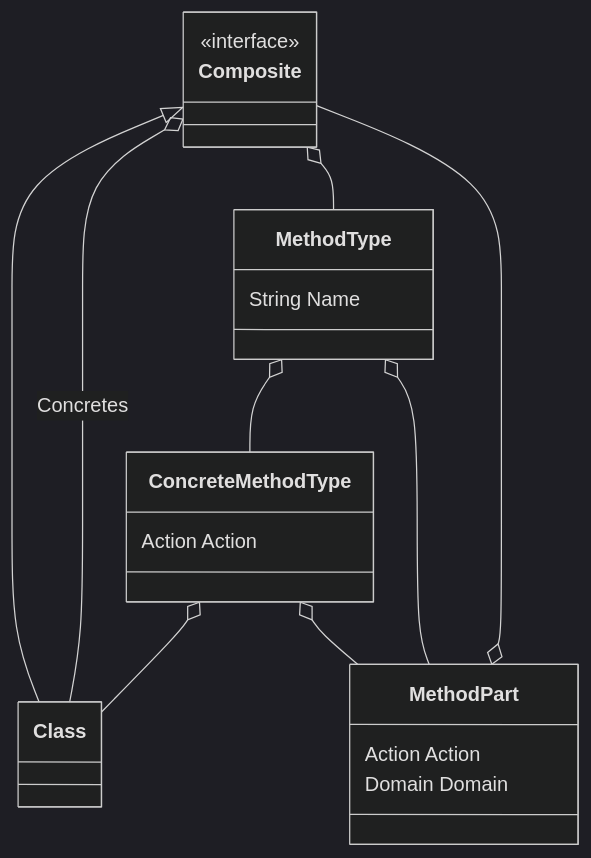
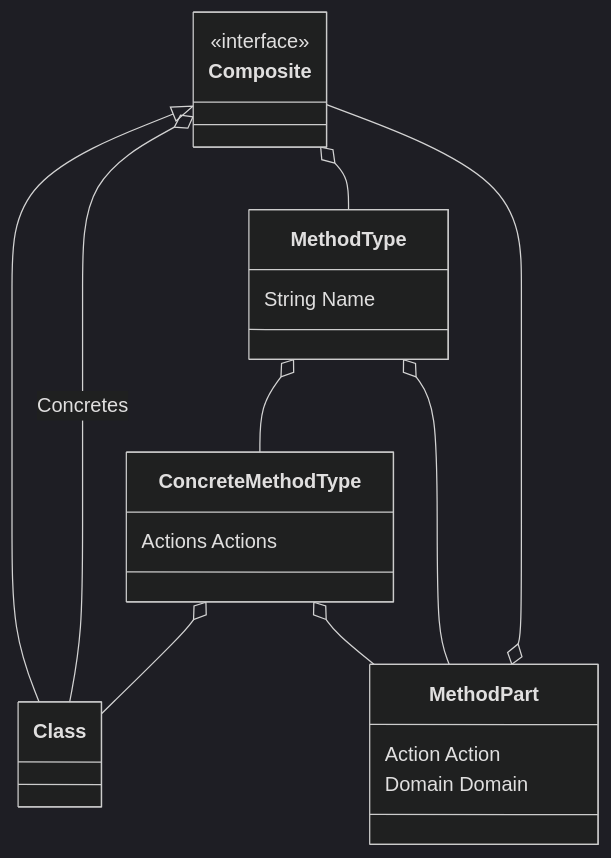
The diagram in docs/meta-method.class.mermaid (allors/core), drawn with Mermaid (dark theme) before and after one commit. The commit also changed 10 other files, not shown here.

```diff
--- a/docs/meta-method.class.mermaid
+++ b/docs/meta-method.class.mermaid
@@ -1,19 +1,19 @@
 classDiagram
     class Class
     Composite <|-- Class
     class Composite
     <<interface>> Composite
     Composite o-- Class : Concretes
     Composite o-- MethodType
     class ConcreteMethodType
-    ConcreteMethodType : Action Action
+    ConcreteMethodType : Actions Actions
     ConcreteMethodType o-- Class
     ConcreteMethodType o-- MethodPart
     class MethodPart
     MethodPart : Action Action
     MethodPart o-- Composite
     MethodPart : Domain Domain
     class MethodType
     MethodType o-- ConcreteMethodType
     MethodType o-- MethodPart
     MethodType : String Name
```
